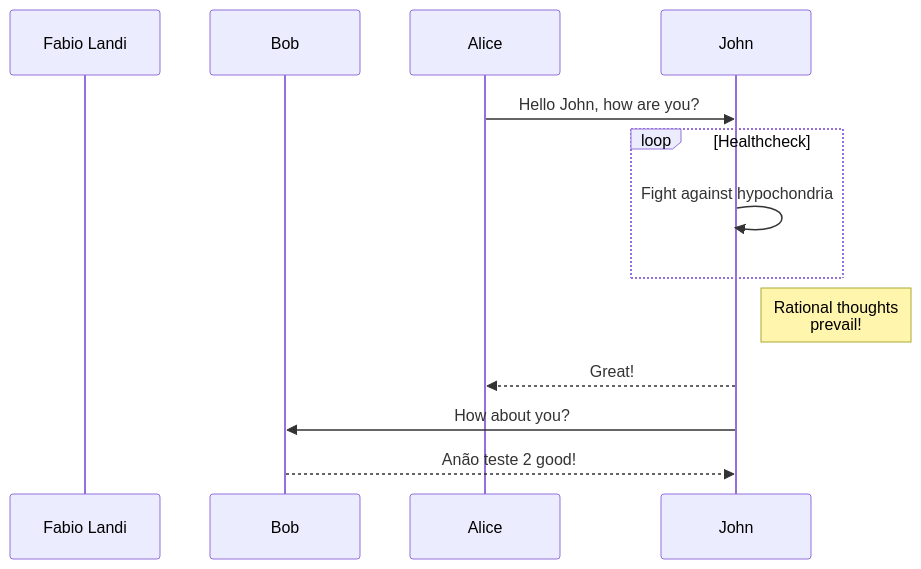
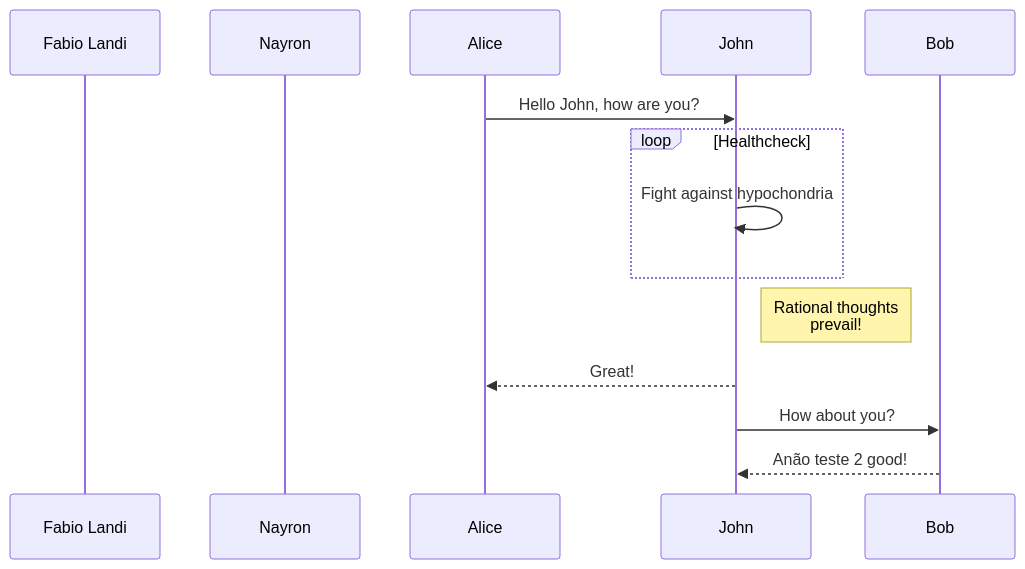
The diagram in diagrams/some-service/some-service.md (SalehKhalilMP/mermaid-test), drawn with Mermaid before and after one commit. The commit also changed 1 other file, not shown here.

````diff
--- a/diagrams/some-service/some-service.md
+++ b/diagrams/some-service/some-service.md
@@ -1,13 +1,13 @@
 ```mermaid
 sequenceDiagram
     participant Fabio Landi
-    participant Bob
+    participant Nayron
     Alice->>John: Hello John, how are you?
     loop Healthcheck
         John->>John: Fight against hypochondria
     end
     Note right of John: Rational thoughts <br/>prevail!
     John-->>Alice: Great!
     John->>Bob: How about you?
     Bob-->>John: Anão teste 2 good!
 ```
````
